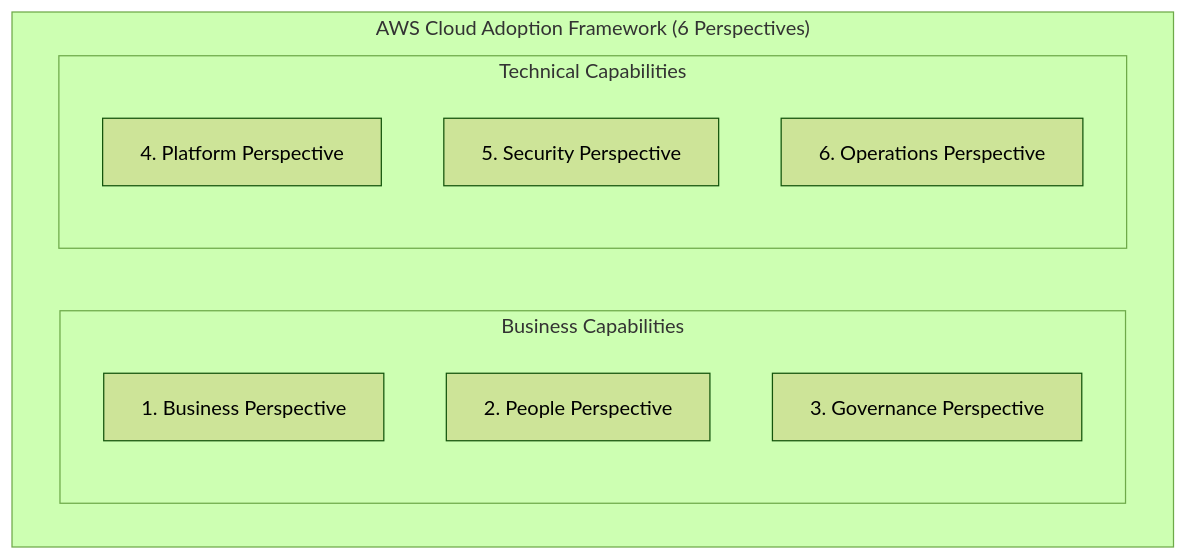
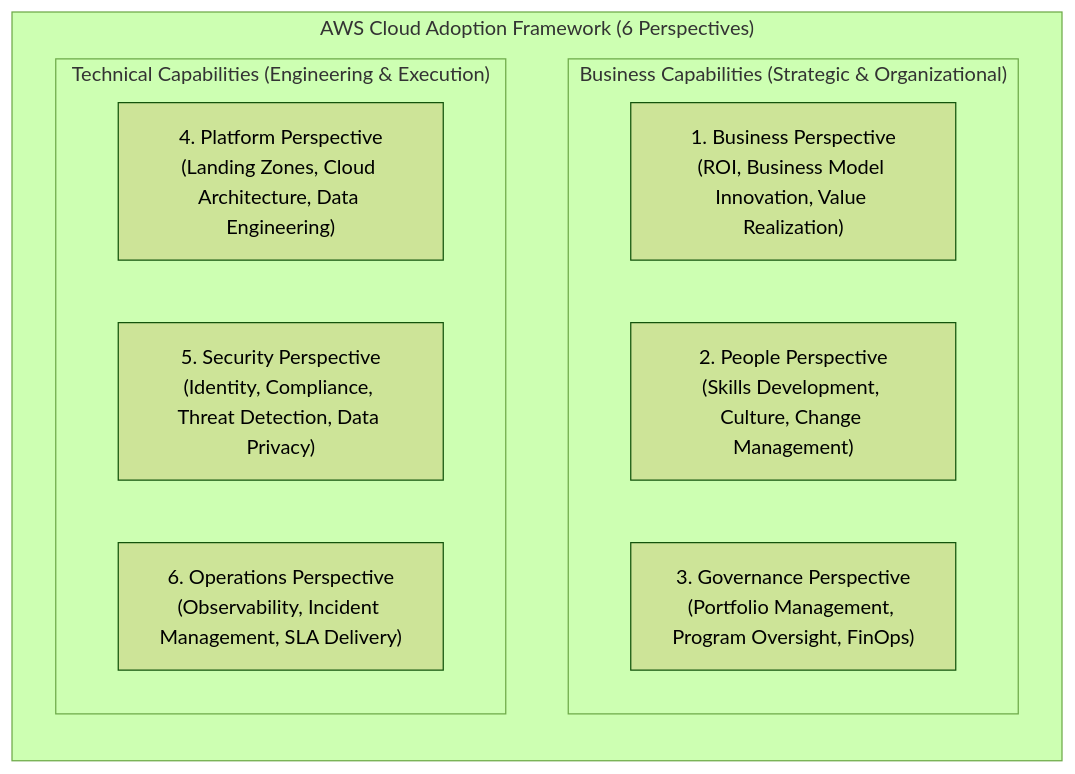
Before and after one commit to fakhruldeen/AWS: the first of 2 diagrams in Cloud/Practitioner/CLF-C02/06_Explanations/01_Cloud_Concepts/Cloud_Adoption_Framework_CAF.md, drawn with Mermaid (forest theme). The commit also changed other lines of this file and 18 other files, not shown here.

````diff
--- a/Cloud/Practitioner/CLF-C02/06_Explanations/01_Cloud_Concepts/Cloud_Adoption_Framework_CAF.md
+++ b/Cloud/Practitioner/CLF-C02/06_Explanations/01_Cloud_Concepts/Cloud_Adoption_Framework_CAF.md
@@ -27,16 +25,18 @@
 ```mermaid
 graph TD
-    subgraph CAF ["AWS Cloud Adoption Framework (6 Perspectives)"]
-        subgraph BusinessFocus ["Business Capabilities"]
-            B1["1. Business Perspective"]
-            B2["2. People Perspective"]
-            B3["3. Governance Perspective"]
+    subgraph CAF_3_0 ["AWS Cloud Adoption Framework (6 Perspectives)"]
+        direction TB
+        
+        subgraph BusinessFocus ["Business Capabilities (Strategic & Organizational)"]
+            B1["1. Business Perspective<br/>(ROI, Business Model Innovation, Value Realization)"]
+            B2["2. People Perspective<br/>(Skills Development, Culture, Change Management)"]
+            B3["3. Governance Perspective<br/>(Portfolio Management, Program Oversight, FinOps)"]
         end
         
-        subgraph TechnicalFocus ["Technical Capabilities"]
-            T1["4. Platform Perspective"]
-            T2["5. Security Perspective"]
-            T3["6. Operations Perspective"]
+        subgraph TechnicalFocus ["Technical Capabilities (Engineering & Execution)"]
+            T1["4. Platform Perspective<br/>(Landing Zones, Cloud Architecture, Data Engineering)"]
+            T2["5. Security Perspective<br/>(Identity, Compliance, Threat Detection, Data Privacy)"]
+            T3["6. Operations Perspective<br/>(Observability, Incident Management, SLA Delivery)"]
         end
     end
 ```
````
